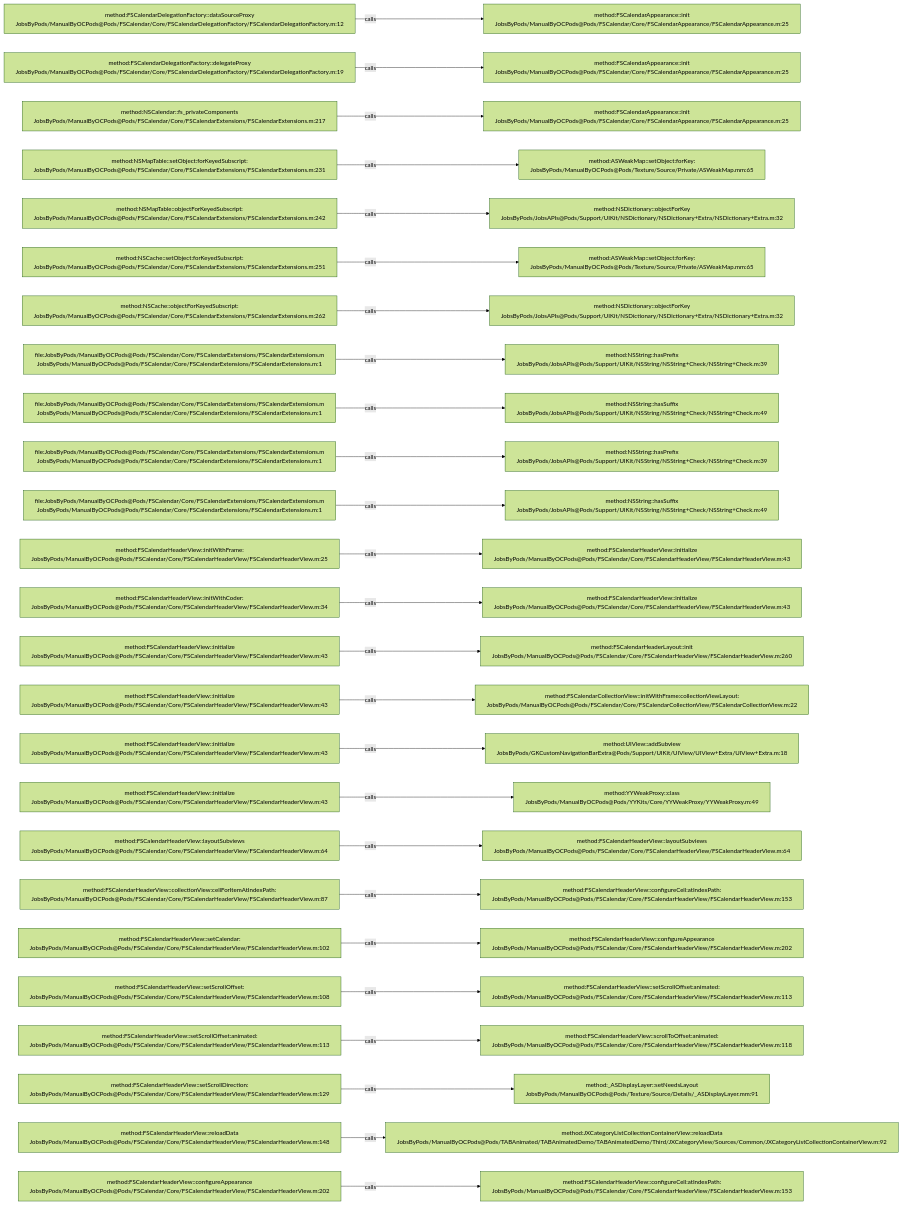
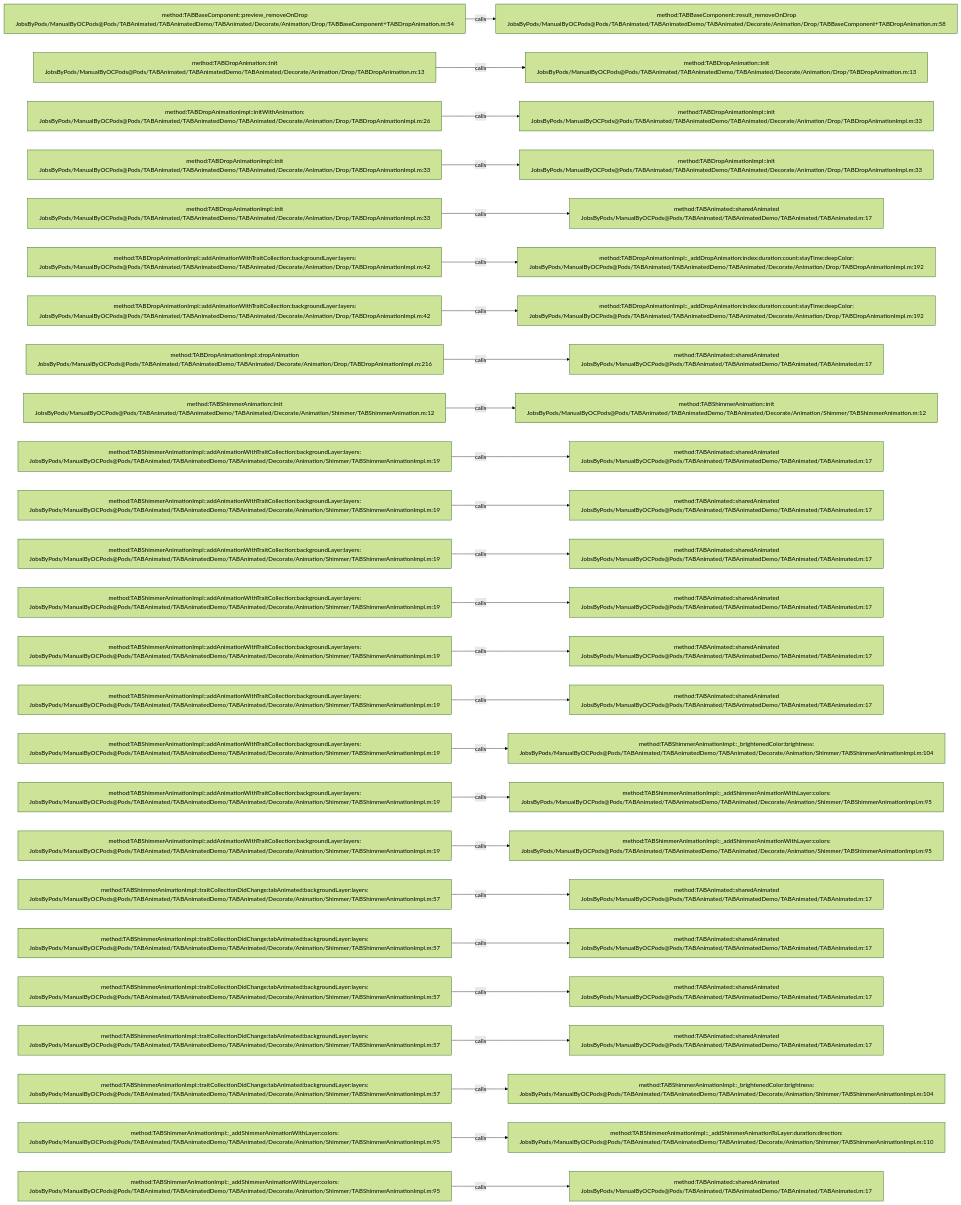
The diagram in .codegraph/codegraph.md/graphs/calls-192.md (JobsKits/JobsOCBaseConfigDemo), drawn with Mermaid (forest theme) before and after one commit. The commit also changed 639 other files, not shown here.

````diff
--- a/.codegraph/codegraph.md/graphs/calls-192.md
+++ b/.codegraph/codegraph.md/graphs/calls-192.md
@@ -13,78 +13,78 @@
 ```mermaid
 flowchart LR
-  S1["method:FSCalendarDelegationFactory::dataSourceProxy<br/>JobsByPods/ManualByOCPods@Pods/FSCalendar/Core/FSCalendarDelegationFactory/FSCalendarDelegationFactory.m:12"]
-  T1["method:FSCalendarAppearance::init<br/>JobsByPods/ManualByOCPods@Pods/FSCalendar/Core/FSCalendarAppearance/FSCalendarAppearance.m:25"]
+  S1["method:TABBaseComponent::preview_removeOnDrop<br/>JobsByPods/ManualByOCPods@Pods/TABAnimated/TABAnimatedDemo/TABAnimated/Decorate/Animation/Drop/TABBaseComponent+TABDropAnimation.m:54"]
+  T1["method:TABBaseComponent::result_removeOnDrop<br/>JobsByPods/ManualByOCPods@Pods/TABAnimated/TABAnimatedDemo/TABAnimated/Decorate/Animation/Drop/TABBaseComponent+TABDropAnimation.m:58"]
   S1 -->|calls| T1
-  S2["method:FSCalendarDelegationFactory::delegateProxy<br/>JobsByPods/ManualByOCPods@Pods/FSCalendar/Core/FSCalendarDelegationFactory/FSCalendarDelegationFactory.m:19"]
-  T2["method:FSCalendarAppearance::init<br/>JobsByPods/ManualByOCPods@Pods/FSCalendar/Core/FSCalendarAppearance/FSCalendarAppearance.m:25"]
+  S2["method:TABDropAnimation::init<br/>JobsByPods/ManualByOCPods@Pods/TABAnimated/TABAnimatedDemo/TABAnimated/Decorate/Animation/Drop/TABDropAnimation.m:13"]
+  T2["method:TABDropAnimation::init<br/>JobsByPods/ManualByOCPods@Pods/TABAnimated/TABAnimatedDemo/TABAnimated/Decorate/Animation/Drop/TABDropAnimation.m:13"]
   S2 -->|calls| T2
-  S3["method:NSCalendar::fs_privateComponents<br/>JobsByPods/ManualByOCPods@Pods/FSCalendar/Core/FSCalendarExtensions/FSCalendarExtensions.m:217"]
-  T3["method:FSCalendarAppearance::init<br/>JobsByPods/ManualByOCPods@Pods/FSCalendar/Core/FSCalendarAppearance/FSCalendarAppearance.m:25"]
+  S3["method:TABDropAnimationImpl::initWithAnimation:<br/>JobsByPods/ManualByOCPods@Pods/TABAnimated/TABAnimatedDemo/TABAnimated/Decorate/Animation/Drop/TABDropAnimationImpl.m:26"]
+  T3["method:TABDropAnimationImpl::init<br/>JobsByPods/ManualByOCPods@Pods/TABAnimated/TABAnimatedDemo/TABAnimated/Decorate/Animation/Drop/TABDropAnimationImpl.m:33"]
   S3 -->|calls| T3
-  S4["method:NSMapTable::setObject:forKeyedSubscript:<br/>JobsByPods/ManualByOCPods@Pods/FSCalendar/Core/FSCalendarExtensions/FSCalendarExtensions.m:231"]
-  T4["method:ASWeakMap::setObject:forKey:<br/>JobsByPods/ManualByOCPods@Pods/Texture/Source/Private/ASWeakMap.mm:65"]
+  S4["method:TABDropAnimationImpl::init<br/>JobsByPods/ManualByOCPods@Pods/TABAnimated/TABAnimatedDemo/TABAnimated/Decorate/Animation/Drop/TABDropAnimationImpl.m:33"]
+  T4["method:TABDropAnimationImpl::init<br/>JobsByPods/ManualByOCPods@Pods/TABAnimated/TABAnimatedDemo/TABAnimated/Decorate/Animation/Drop/TABDropAnimationImpl.m:33"]
   S4 -->|calls| T4
-  S5["method:NSMapTable::objectForKeyedSubscript:<br/>JobsByPods/ManualByOCPods@Pods/FSCalendar/Core/FSCalendarExtensions/FSCalendarExtensions.m:242"]
-  T5["method:NSDictionary::objectForKey<br/>JobsByPods/JobsAPIs@Pods/Support/UIKit/NSDictionary/NSDictionary+Extra/NSDictionary+Extra.m:32"]
+  S5["method:TABDropAnimationImpl::init<br/>JobsByPods/ManualByOCPods@Pods/TABAnimated/TABAnimatedDemo/TABAnimated/Decorate/Animation/Drop/TABDropAnimationImpl.m:33"]
+  T5["method:TABAnimated::sharedAnimated<br/>JobsByPods/ManualByOCPods@Pods/TABAnimated/TABAnimatedDemo/TABAnimated/TABAnimated.m:17"]
   S5 -->|calls| T5
-  S6["method:NSCache::setObject:forKeyedSubscript:<br/>JobsByPods/ManualByOCPods@Pods/FSCalendar/Core/FSCalendarExtensions/FSCalendarExtensions.m:251"]
-  T6["method:ASWeakMap::setObject:forKey:<br/>JobsByPods/ManualByOCPods@Pods/Texture/Source/Private/ASWeakMap.mm:65"]
+  S6["method:TABDropAnimationImpl::addAnimationWithTraitCollection:backgroundLayer:layers:<br/>JobsByPods/ManualByOCPods@Pods/TABAnimated/TABAnimatedDemo/TABAnimated/Decorate/Animation/Drop/TABDropAnimationImpl.m:42"]
+  T6["method:TABDropAnimationImpl::_addDropAnimation:index:duration:count:stayTime:deepColor:<br/>JobsByPods/ManualByOCPods@Pods/TABAnimated/TABAnimatedDemo/TABAnimated/Decorate/Animation/Drop/TABDropAnimationImpl.m:192"]
   S6 -->|calls| T6
-  S7["method:NSCache::objectForKeyedSubscript:<br/>JobsByPods/ManualByOCPods@Pods/FSCalendar/Core/FSCalendarExtensions/FSCalendarExtensions.m:262"]
-  T7["method:NSDictionary::objectForKey<br/>JobsByPods/JobsAPIs@Pods/Support/UIKit/NSDictionary/NSDictionary+Extra/NSDictionary+Extra.m:32"]
+  S7["method:TABDropAnimationImpl::addAnimationWithTraitCollection:backgroundLayer:layers:<br/>JobsByPods/ManualByOCPods@Pods/TABAnimated/TABAnimatedDemo/TABAnimated/Decorate/Animation/Drop/TABDropAnimationImpl.m:42"]
+  T7["method:TABDropAnimationImpl::_addDropAnimation:index:duration:count:stayTime:deepColor:<br/>JobsByPods/ManualByOCPods@Pods/TABAnimated/TABAnimatedDemo/TABAnimated/Decorate/Animation/Drop/TABDropAnimationImpl.m:192"]
   S7 -->|calls| T7
-  S8["file:JobsByPods/ManualByOCPods@Pods/FSCalendar/Core/FSCalendarExtensions/FSCalendarExtensions.m<br/>JobsByPods/ManualByOCPods@Pods/FSCalendar/Core/FSCalendarExtensions/FSCalendarExtensions.m:1"]
-  T8["method:NSString::hasPrefix<br/>JobsByPods/JobsAPIs@Pods/Support/UIKit/NSString/NSString+Check/NSString+Check.m:39"]
+  S8["method:TABDropAnimationImpl::dropAnimation<br/>JobsByPods/ManualByOCPods@Pods/TABAnimated/TABAnimatedDemo/TABAnimated/Decorate/Animation/Drop/TABDropAnimationImpl.m:216"]
+  T8["method:TABAnimated::sharedAnimated<br/>JobsByPods/ManualByOCPods@Pods/TABAnimated/TABAnimatedDemo/TABAnimated/TABAnimated.m:17"]
   S8 -->|calls| T8
-  S9["file:JobsByPods/ManualByOCPods@Pods/FSCalendar/Core/FSCalendarExtensions/FSCalendarExtensions.m<br/>JobsByPods/ManualByOCPods@Pods/FSCalendar/Core/FSCalendarExtensions/FSCalendarExtensions.m:1"]
-  T9["method:NSString::hasSuffix<br/>JobsByPods/JobsAPIs@Pods/Support/UIKit/NSString/NSString+Check/NSString+Check.m:49"]
+  S9["method:TABShimmerAnimation::init<br/>JobsByPods/ManualByOCPods@Pods/TABAnimated/TABAnimatedDemo/TABAnimated/Decorate/Animation/Shimmer/TABShimmerAnimation.m:12"]
+  T9["method:TABShimmerAnimation::init<br/>JobsByPods/ManualByOCPods@Pods/TABAnimated/TABAnimatedDemo/TABAnimated/Decorate/Animation/Shimmer/TABShimmerAnimation.m:12"]
   S9 -->|calls| T9
-  S10["file:JobsByPods/ManualByOCPods@Pods/FSCalendar/Core/FSCalendarExtensions/FSCalendarExtensions.m<br/>JobsByPods/ManualByOCPods@Pods/FSCalendar/Core/FSCalendarExtensions/FSCalendarExtensions.m:1"]
-  T10["method:NSString::hasPrefix<br/>JobsByPods/JobsAPIs@Pods/Support/UIKit/NSString/NSString+Check/NSString+Check.m:39"]
+  S10["method:TABShimmerAnimationImpl::addAnimationWithTraitCollection:backgroundLayer:layers:<br/>JobsByPods/ManualByOCPods@Pods/TABAnimated/TABAnimatedDemo/TABAnimated/Decorate/Animation/Shimmer/TABShimmerAnimationImpl.m:19"]
+  T10["method:TABAnimated::sharedAnimated<br/>JobsByPods/ManualByOCPods@Pods/TABAnimated/TABAnimatedDemo/TABAnimated/TABAnimated.m:17"]
   S10 -->|calls| T10
-  S11["file:JobsByPods/ManualByOCPods@Pods/FSCalendar/Core/FSCalendarExtensions/FSCalendarExtensions.m<br/>JobsByPods/ManualByOCPods@Pods/FSCalendar/Core/FSCalendarExtensions/FSCalendarExtensions.m:1"]
-  T11["method:NSString::hasSuffix<br/>JobsByPods/JobsAPIs@Pods/Support/UIKit/NSString/NSString+Check/NSString+Check.m:49"]
+  S11["method:TABShimmerAnimationImpl::addAnimationWithTraitCollection:backgroundLayer:layers:<br/>JobsByPods/ManualByOCPods@Pods/TABAnimated/TABAnimatedDemo/TABAnimated/Decorate/Animation/Shimmer/TABShimmerAnimationImpl.m:19"]
+  T11["method:TABAnimated::sharedAnimated<br/>JobsByPods/ManualByOCPods@Pods/TABAnimated/TABAnimatedDemo/TABAnimated/TABAnimated.m:17"]
   S11 -->|calls| T11
-  S12["method:FSCalendarHeaderView::initWithFrame:<br/>JobsByPods/ManualByOCPods@Pods/FSCalendar/Core/FSCalendarHeaderView/FSCalendarHeaderView.m:25"]
-  T12["method:FSCalendarHeaderView::initialize<br/>JobsByPods/ManualByOCPods@Pods/FSCalendar/Core/FSCalendarHeaderView/FSCalendarHeaderView.m:43"]
+  S12["method:TABShimmerAnimationImpl::addAnimationWithTraitCollection:backgroundLayer:layers:<br/>JobsByPods/ManualByOCPods@Pods/TABAnimated/TABAnimatedDemo/TABAnimated/Decorate/Animation/Shimmer/TABShimmerAnimationImpl.m:19"]
+  T12["method:TABAnimated::sharedAnimated<br/>JobsByPods/ManualByOCPods@Pods/TABAnimated/TABAnimatedDemo/TABAnimated/TABAnimated.m:17"]
   S12 -->|calls| T12
-  S13["method:FSCalendarHeaderView::initWithCoder:<br/>JobsByPods/ManualByOCPods@Pods/FSCalendar/Core/FSCalendarHeaderView/FSCalendarHeaderView.m:34"]
-  T13["method:FSCalendarHeaderView::initialize<br/>JobsByPods/ManualByOCPods@Pods/FSCalendar/Core/FSCalendarHeaderView/FSCalendarHeaderView.m:43"]
+  S13["method:TABShimmerAnimationImpl::addAnimationWithTraitCollection:backgroundLayer:layers:<br/>JobsByPods/ManualByOCPods@Pods/TABAnimated/TABAnimatedDemo/TABAnimated/Decorate/Animation/Shimmer/TABShimmerAnimationImpl.m:19"]
+  T13["method:TABAnimated::sharedAnimated<br/>JobsByPods/ManualByOCPods@Pods/TABAnimated/TABAnimatedDemo/TABAnimated/TABAnimated.m:17"]
   S13 -->|calls| T13
-  S14["method:FSCalendarHeaderView::initialize<br/>JobsByPods/ManualByOCPods@Pods/FSCalendar/Core/FSCalendarHeaderView/FSCalendarHeaderView.m:43"]
-  T14["method:FSCalendarHeaderLayout::init<br/>JobsByPods/ManualByOCPods@Pods/FSCalendar/Core/FSCalendarHeaderView/FSCalendarHeaderView.m:260"]
+  S14["method:TABShimmerAnimationImpl::addAnimationWithTraitCollection:backgroundLayer:layers:<br/>JobsByPods/ManualByOCPods@Pods/TABAnimated/TABAnimatedDemo/TABAnimated/Decorate/Animation/Shimmer/TABShimmerAnimationImpl.m:19"]
+  T14["method:TABAnimated::sharedAnimated<br/>JobsByPods/ManualByOCPods@Pods/TABAnimated/TABAnimatedDemo/TABAnimated/TABAnimated.m:17"]
   S14 -->|calls| T14
-  S15["method:FSCalendarHeaderView::initialize<br/>JobsByPods/ManualByOCPods@Pods/FSCalendar/Core/FSCalendarHeaderView/FSCalendarHeaderView.m:43"]
-  T15["method:FSCalendarCollectionView::initWithFrame:collectionViewLayout:<br/>JobsByPods/ManualByOCPods@Pods/FSCalendar/Core/FSCalendarCollectionView/FSCalendarCollectionView.m:22"]
+  S15["method:TABShimmerAnimationImpl::addAnimationWithTraitCollection:backgroundLayer:layers:<br/>JobsByPods/ManualByOCPods@Pods/TABAnimated/TABAnimatedDemo/TABAnimated/Decorate/Animation/Shimmer/TABShimmerAnimationImpl.m:19"]
+  T15["method:TABAnimated::sharedAnimated<br/>JobsByPods/ManualByOCPods@Pods/TABAnimated/TABAnimatedDemo/TABAnimated/TABAnimated.m:17"]
   S15 -->|calls| T15
-  S16["method:FSCalendarHeaderView::initialize<br/>JobsByPods/ManualByOCPods@Pods/FSCalendar/Core/FSCalendarHeaderView/FSCalendarHeaderView.m:43"]
-  T16["method:UIView::addSubview<br/>JobsByPods/GKCustomNavigationBarExtra@Pods/Support/UIKit/UIView/UIView+Extra/UIView+Extra.m:18"]
+  S16["method:TABShimmerAnimationImpl::addAnimationWithTraitCollection:backgroundLayer:layers:<br/>JobsByPods/ManualByOCPods@Pods/TABAnimated/TABAnimatedDemo/TABAnimated/Decorate/Animation/Shimmer/TABShimmerAnimationImpl.m:19"]
+  T16["method:TABShimmerAnimationImpl::_brightenedColor:brightness:<br/>JobsByPods/ManualByOCPods@Pods/TABAnimated/TABAnimatedDemo/TABAnimated/Decorate/Animation/Shimmer/TABShimmerAnimationImpl.m:104"]
   S16 -->|calls| T16
-  S17["method:FSCalendarHeaderView::initialize<br/>JobsByPods/ManualByOCPods@Pods/FSCalendar/Core/FSCalendarHeaderView/FSCalendarHeaderView.m:43"]
-  T17["method:YYWeakProxy::class<br/>JobsByPods/ManualByOCPods@Pods/YYKits/Core/YYWeakProxy/YYWeakProxy.m:49"]
+  S17["method:TABShimmerAnimationImpl::addAnimationWithTraitCollection:backgroundLayer:layers:<br/>JobsByPods/ManualByOCPods@Pods/TABAnimated/TABAnimatedDemo/TABAnimated/Decorate/Animation/Shimmer/TABShimmerAnimationImpl.m:19"]
+  T17["method:TABShimmerAnimationImpl::_addShimmerAnimationWithLayer:colors:<br/>JobsByPods/ManualByOCPods@Pods/TABAnimated/TABAnimatedDemo/TABAnimated/Decorate/Animation/Shimmer/TABShimmerAnimationImpl.m:95"]
   S17 -->|calls| T17
-  S18["method:FSCalendarHeaderView::layoutSubviews<br/>JobsByPods/ManualByOCPods@Pods/FSCalendar/Core/FSCalendarHeaderView/FSCalendarHeaderView.m:64"]
-  T18["method:FSCalendarHeaderView::layoutSubviews<br/>JobsByPods/ManualByOCPods@Pods/FSCalendar/Core/FSCalendarHeaderView/FSCalendarHeaderView.m:64"]
+  S18["method:TABShimmerAnimationImpl::addAnimationWithTraitCollection:backgroundLayer:layers:<br/>JobsByPods/ManualByOCPods@Pods/TABAnimated/TABAnimatedDemo/TABAnimated/Decorate/Animation/Shimmer/TABShimmerAnimationImpl.m:19"]
+  T18["method:TABShimmerAnimationImpl::_addShimmerAnimationWithLayer:colors:<br/>JobsByPods/ManualByOCPods@Pods/TABAnimated/TABAnimatedDemo/TABAnimated/Decorate/Animation/Shimmer/TABShimmerAnimationImpl.m:95"]
   S18 -->|calls| T18
-  S19["method:FSCalendarHeaderView::collectionView:cellForItemAtIndexPath:<br/>JobsByPods/ManualByOCPods@Pods/FSCalendar/Core/FSCalendarHeaderView/FSCalendarHeaderView.m:87"]
-  T19["method:FSCalendarHeaderView::configureCell:atIndexPath:<br/>JobsByPods/ManualByOCPods@Pods/FSCalendar/Core/FSCalendarHeaderView/FSCalendarHeaderView.m:153"]
+  S19["method:TABShimmerAnimationImpl::traitCollectionDidChange:tabAnimated:backgroundLayer:layers:<br/>JobsByPods/ManualByOCPods@Pods/TABAnimated/TABAnimatedDemo/TABAnimated/Decorate/Animation/Shimmer/TABShimmerAnimationImpl.m:57"]
+  T19["method:TABAnimated::sharedAnimated<br/>JobsByPods/ManualByOCPods@Pods/TABAnimated/TABAnimatedDemo/TABAnimated/TABAnimated.m:17"]
   S19 -->|calls| T19
-  S20["method:FSCalendarHeaderView::setCalendar:<br/>JobsByPods/ManualByOCPods@Pods/FSCalendar/Core/FSCalendarHeaderView/FSCalendarHeaderView.m:102"]
-  T20["method:FSCalendarHeaderView::configureAppearance<br/>JobsByPods/ManualByOCPods@Pods/FSCalendar/Core/FSCalendarHeaderView/FSCalendarHeaderView.m:202"]
+  S20["method:TABShimmerAnimationImpl::traitCollectionDidChange:tabAnimated:backgroundLayer:layers:<br/>JobsByPods/ManualByOCPods@Pods/TABAnimated/TABAnimatedDemo/TABAnimated/Decorate/Animation/Shimmer/TABShimmerAnimationImpl.m:57"]
+  T20["method:TABAnimated::sharedAnimated<br/>JobsByPods/ManualByOCPods@Pods/TABAnimated/TABAnimatedDemo/TABAnimated/TABAnimated.m:17"]
   S20 -->|calls| T20
-  S21["method:FSCalendarHeaderView::setScrollOffset:<br/>JobsByPods/ManualByOCPods@Pods/FSCalendar/Core/FSCalendarHeaderView/FSCalendarHeaderView.m:108"]
-  T21["method:FSCalendarHeaderView::setScrollOffset:animated:<br/>JobsByPods/ManualByOCPods@Pods/FSCalendar/Core/FSCalendarHeaderView/FSCalendarHeaderView.m:113"]
+  S21["method:TABShimmerAnimationImpl::traitCollectionDidChange:tabAnimated:backgroundLayer:layers:<br/>JobsByPods/ManualByOCPods@Pods/TABAnimated/TABAnimatedDemo/TABAnimated/Decorate/Animation/Shimmer/TABShimmerAnimationImpl.m:57"]
+  T21["method:TABAnimated::sharedAnimated<br/>JobsByPods/ManualByOCPods@Pods/TABAnimated/TABAnimatedDemo/TABAnimated/TABAnimated.m:17"]
   S21 -->|calls| T21
-  S22["method:FSCalendarHeaderView::setScrollOffset:animated:<br/>JobsByPods/ManualByOCPods@Pods/FSCalendar/Core/FSCalendarHeaderView/FSCalendarHeaderView.m:113"]
-  T22["method:FSCalendarHeaderView::scrollToOffset:animated:<br/>JobsByPods/ManualByOCPods@Pods/FSCalendar/Core/FSCalendarHeaderView/FSCalendarHeaderView.m:118"]
+  S22["method:TABShimmerAnimationImpl::traitCollectionDidChange:tabAnimated:backgroundLayer:layers:<br/>JobsByPods/ManualByOCPods@Pods/TABAnimated/TABAnimatedDemo/TABAnimated/Decorate/Animation/Shimmer/TABShimmerAnimationImpl.m:57"]
+  T22["method:TABAnimated::sharedAnimated<br/>JobsByPods/ManualByOCPods@Pods/TABAnimated/TABAnimatedDemo/TABAnimated/TABAnimated.m:17"]
   S22 -->|calls| T22
-  S23["method:FSCalendarHeaderView::setScrollDirection:<br/>JobsByPods/ManualByOCPods@Pods/FSCalendar/Core/FSCalendarHeaderView/FSCalendarHeaderView.m:129"]
-  T23["method:_ASDisplayLayer::setNeedsLayout<br/>JobsByPods/ManualByOCPods@Pods/Texture/Source/Details/_ASDisplayLayer.mm:91"]
+  S23["method:TABShimmerAnimationImpl::traitCollectionDidChange:tabAnimated:backgroundLayer:layers:<br/>JobsByPods/ManualByOCPods@Pods/TABAnimated/TABAnimatedDemo/TABAnimated/Decorate/Animation/Shimmer/TABShimmerAnimationImpl.m:57"]
+  T23["method:TABShimmerAnimationImpl::_brightenedColor:brightness:<br/>JobsByPods/ManualByOCPods@Pods/TABAnimated/TABAnimatedDemo/TABAnimated/Decorate/Animation/Shimmer/TABShimmerAnimationImpl.m:104"]
   S23 -->|calls| T23
-  S24["method:FSCalendarHeaderView::reloadData<br/>JobsByPods/ManualByOCPods@Pods/FSCalendar/Core/FSCalendarHeaderView/FSCalendarHeaderView.m:148"]
-  T24["method:JXCategoryListCollectionContainerView::reloadData<br/>JobsByPods/ManualByOCPods@Pods/TABAnimated/TABAnimatedDemo/TABAnimatedDemo/Third/JXCategoryView/Sources/Common/JXCategoryListCollectionContainerView.m:92"]
+  S24["method:TABShimmerAnimationImpl::_addShimmerAnimationWithLayer:colors:<br/>JobsByPods/ManualByOCPods@Pods/TABAnimated/TABAnimatedDemo/TABAnimated/Decorate/Animation/Shimmer/TABShimmerAnimationImpl.m:95"]
+  T24["method:TABShimmerAnimationImpl::_addShimmerAnimationToLayer:duration:direction:<br/>JobsByPods/ManualByOCPods@Pods/TABAnimated/TABAnimatedDemo/TABAnimated/Decorate/Animation/Shimmer/TABShimmerAnimationImpl.m:110"]
   S24 -->|calls| T24
-  S25["method:FSCalendarHeaderView::configureAppearance<br/>JobsByPods/ManualByOCPods@Pods/FSCalendar/Core/FSCalendarHeaderView/FSCalendarHeaderView.m:202"]
-  T25["method:FSCalendarHeaderView::configureCell:atIndexPath:<br/>JobsByPods/ManualByOCPods@Pods/FSCalendar/Core/FSCalendarHeaderView/FSCalendarHeaderView.m:153"]
+  S25["method:TABShimmerAnimationImpl::_addShimmerAnimationWithLayer:colors:<br/>JobsByPods/ManualByOCPods@Pods/TABAnimated/TABAnimatedDemo/TABAnimated/Decorate/Animation/Shimmer/TABShimmerAnimationImpl.m:95"]
+  T25["method:TABAnimated::sharedAnimated<br/>JobsByPods/ManualByOCPods@Pods/TABAnimated/TABAnimatedDemo/TABAnimated/TABAnimated.m:17"]
   S25 -->|calls| T25
 ```
````
